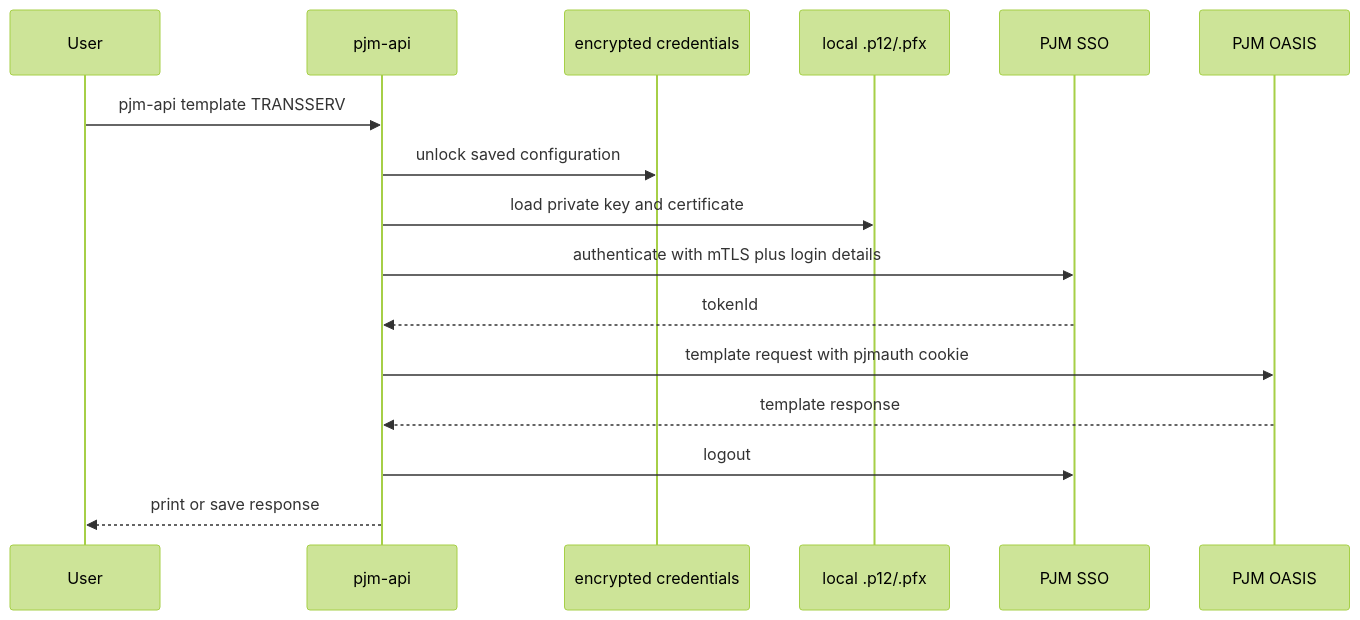
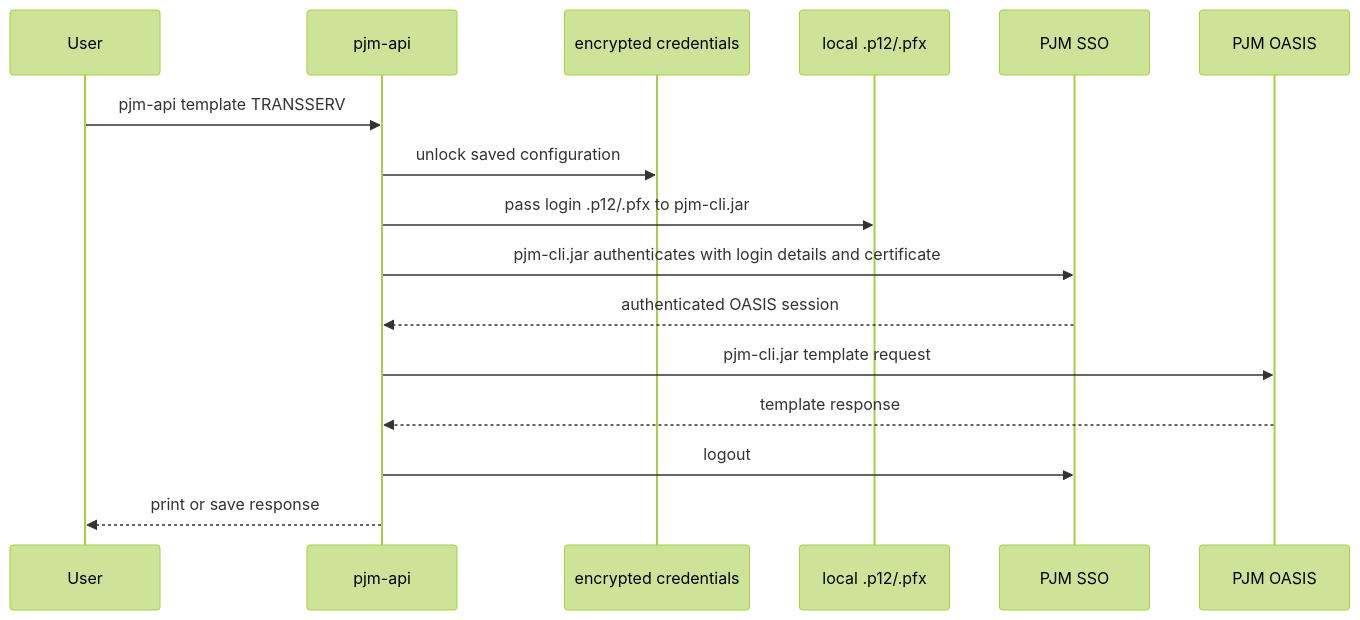
Before and after one commit to willschenk/pjm-api: the third of 3 diagrams in README.md, drawn with Mermaid (forest theme). The commit also changed other lines of this file and 7 other files, not shown here.

Commit message:
Document CLI-first PJM workflow

````diff
--- a/README.md
+++ b/README.md
@@ -118,19 +124,19 @@
 ```mermaid
 sequenceDiagram
     participant User
     participant CLI as pjm-api
     participant Store as encrypted credentials
     participant Cert as local .p12/.pfx
     participant SSO as PJM SSO
     participant OASIS as PJM OASIS
 
     User->>CLI: pjm-api template TRANSSERV
     CLI->>Store: unlock saved configuration
-    CLI->>Cert: load private key and certificate
-    CLI->>SSO: authenticate with mTLS plus login details
-    SSO-->>CLI: tokenId
-    CLI->>OASIS: template request with pjmauth cookie
+    CLI->>Cert: pass login .p12/.pfx to pjm-cli.jar
+    CLI->>SSO: pjm-cli.jar authenticates with login details and certificate
+    SSO-->>CLI: authenticated OASIS session
+    CLI->>OASIS: pjm-cli.jar template request
     OASIS-->>CLI: template response
     CLI->>SSO: logout
     CLI-->>User: print or save response
 ```
````
